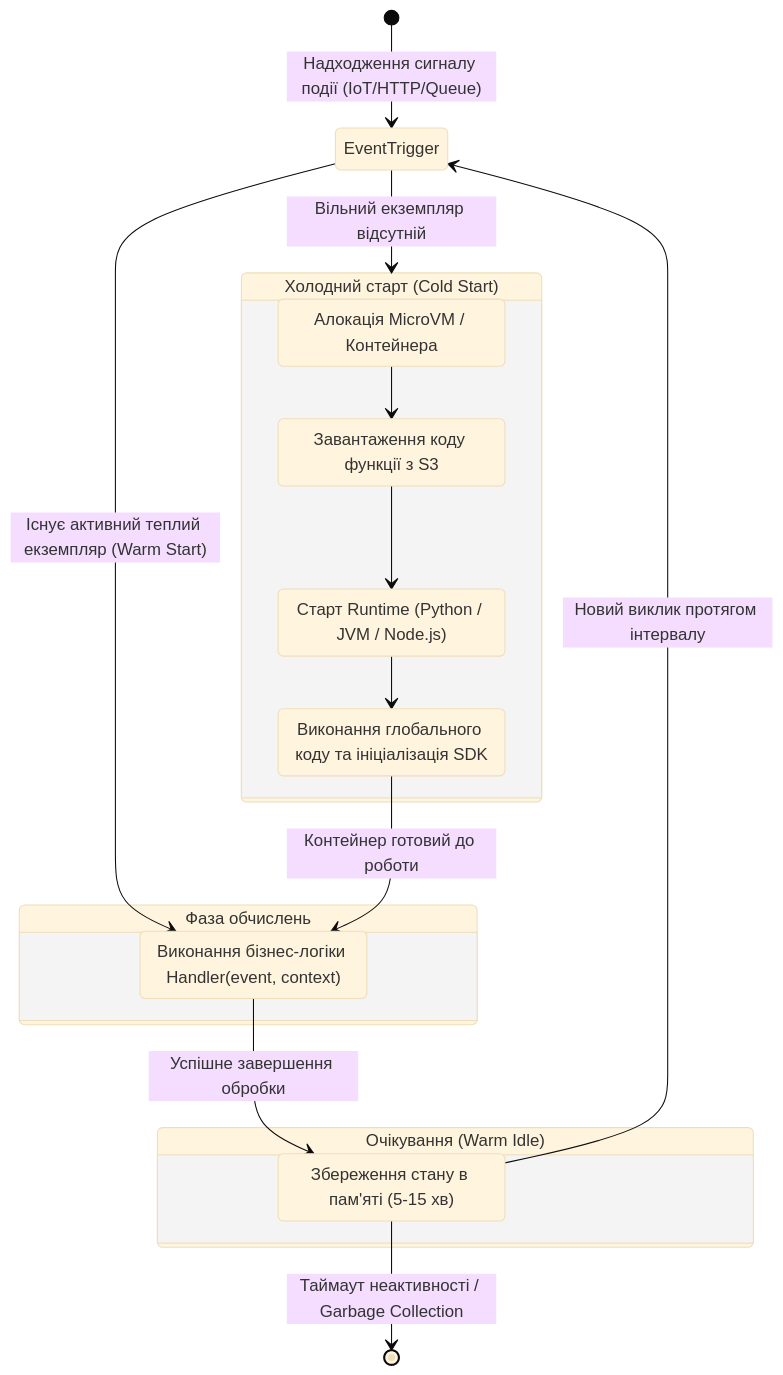
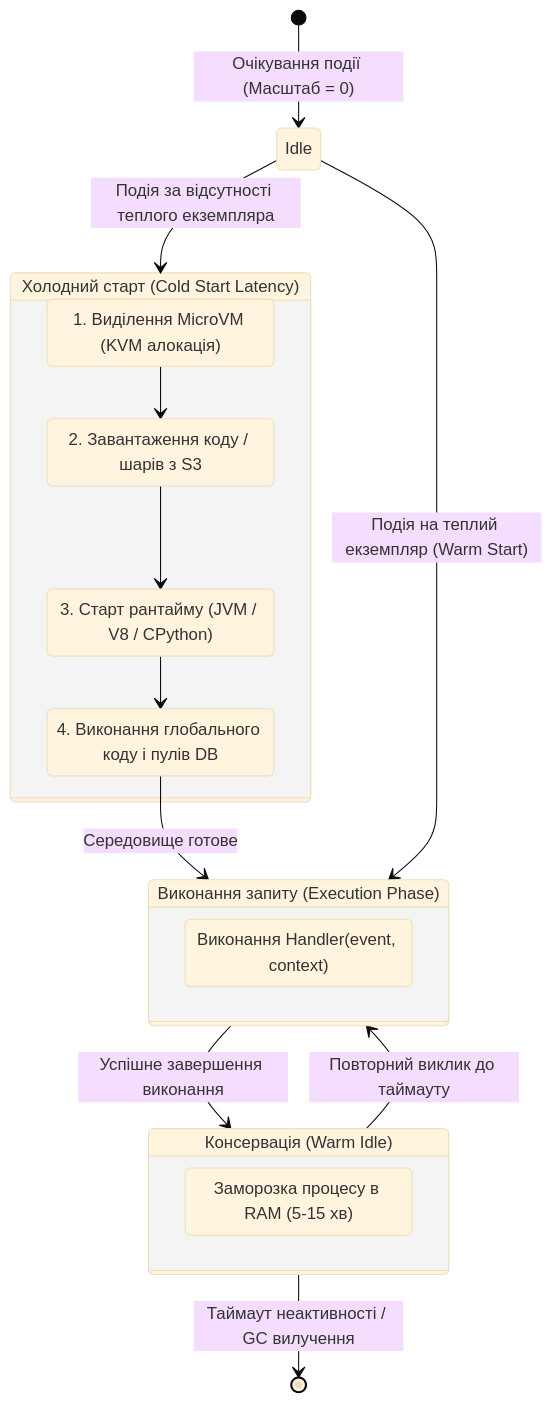
One commit to KyryloVadurin/cloud-technologies changed the third of 6 diagrams in docs/lk/lk5.md. Above: the diagram before and after it, drawn with Mermaid (base theme). The commit also changed other lines of this file, not shown here.

````diff
--- a/docs/lk/lk5.md
+++ b/docs/lk/lk5.md
@@ -27,33 +114,32 @@
 ```mermaid
 stateDiagram-v2
-    [*] --> EventTrigger: Надходження сигналу події (IoT/HTTP/Queue)
+    [*] --> Idle: Очікування події (Масштаб = 0)
     
-    state "Холодний старт (Cold Start)" as ColdStart {
-        ProvisionResource: Алокація MicroVM / Контейнера
-        DownloadPackage: Завантаження коду функції з S3
-        InitRuntime: Старт Runtime (Python / JVM / Node.js)
-        InitGlobalCode: Виконання глобального коду та ініціалізація SDK
+    state "Холодний старт (Cold Start Latency)" as ColdPhase {
+        AllocEnv: 1. Виділення MicroVM (KVM алокація)
+        FetchArtifact: 2. Завантаження коду / шарів з S3
+        InitRuntime: 3. Старт рантайму (JVM / V8 / CPython)
+        ExecGlobal: 4. Виконання глобального коду і пулів DB
         
-        ProvisionResource --> DownloadPackage
-        DownloadPackage --> InitRuntime
-        InitRuntime --> InitGlobalCode
+        AllocEnv --> FetchArtifact
+        FetchArtifact --> InitRuntime
+        InitRuntime --> ExecGlobal
     }
+
+    Idle --> ColdPhase: Подія за відсутності теплого екземпляра
     
-    EventTrigger --> ColdStart: Вільний екземпляр відсутній
-    EventTrigger --> ExecuteHandler: Існує активний теплий екземпляр (Warm Start)
-    
-    InitGlobalCode --> ExecuteHandler: Контейнер готовий до роботи
-    
-    state "Фаза обчислень" as Execution {
-        ExecuteHandler: Виконання бізнес-логіки Handler(event, context)
+    state "Виконання запиту (Execution Phase)" as ActivePhase {
+        InvokeHandler: Виконання Handler(event, context)
     }
-    
-    ExecuteHandler --> WarmIdle: Успішне завершення обробки
-    
-    state "Очікування (Warm Idle)" as WarmState {
-        WarmIdle: Збереження стану в пам'яті (5-15 хв)
+
+    ExecGlobal --> ActivePhase: Середовище готове
+    Idle --> ActivePhase: Подія на теплий екземпляр (Warm Start)
+
+    state "Консервація (Warm Idle)" as PreservePhase {
+        PreserveState: Заморозка процесу в RAM (5-15 хв)
     }
-    
-    WarmIdle --> EventTrigger: Новий виклик протягом інтервалу
-    WarmIdle --> [*]: Таймаут неактивності / Garbage Collection
+
+    ActivePhase --> PreservePhase: Успішне завершення виконання
+    PreservePhase --> ActivePhase: Повторний виклик до таймауту
+    PreservePhase --> [*]: Таймаут неактивності / GC вилучення
 ```
````
